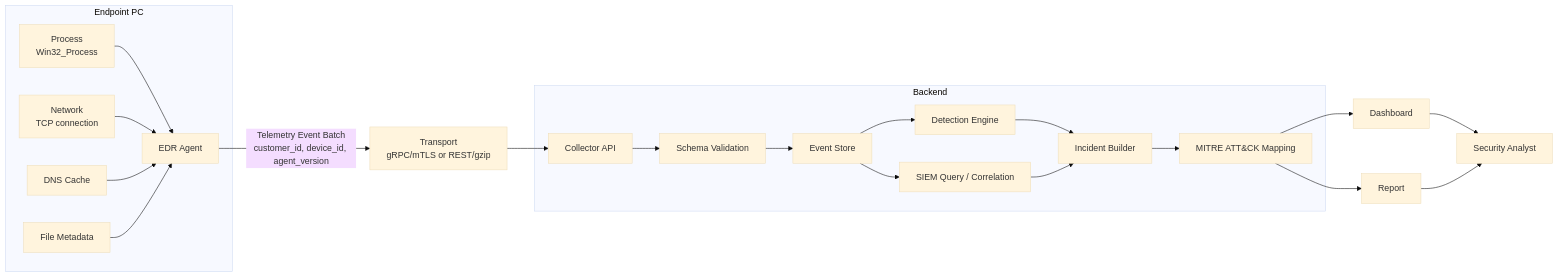
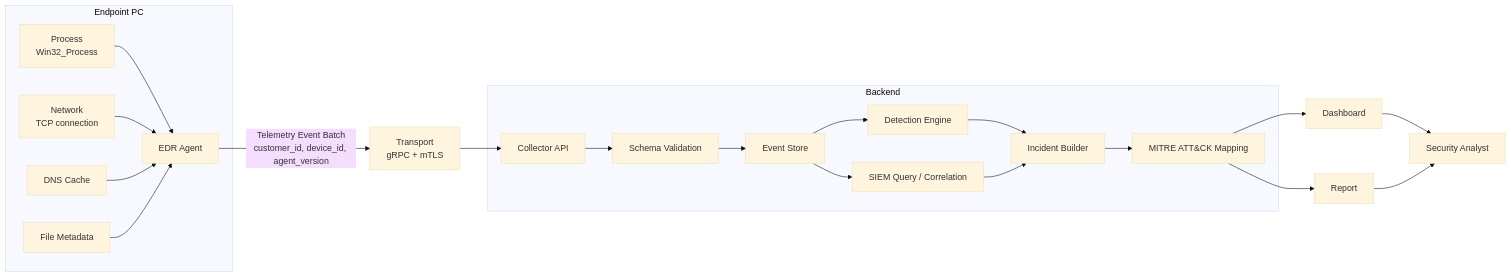
Before and after one commit to altius03/tecker-poc-lab: the diagram in poc_code/security_edr_agent_parser/docs/rebuild-overall-blueprint.md, drawn with Mermaid (base theme). The commit also changed other lines of this file and 8 other files, not shown here.

````diff
--- a/poc_code/security_edr_agent_parser/docs/rebuild-overall-blueprint.md
+++ b/poc_code/security_edr_agent_parser/docs/rebuild-overall-blueprint.md
@@ -126,32 +126,32 @@
 ```mermaid
 flowchart LR
   subgraph ENDPOINT["Endpoint PC"]
     PROC["Process<br/>Win32_Process"]
     NET["Network<br/>TCP connection"]
     DNS["DNS Cache"]
     FILE["File Metadata"]
     AGENT["EDR Agent"]
     PROC --> AGENT
     NET --> AGENT
     DNS --> AGENT
     FILE --> AGENT
   end
 
-  AGENT -->|"Telemetry Event Batch<br/>customer_id, device_id, agent_version"| TRANSPORT["Transport<br/>gRPC/mTLS or REST/gzip"]
+  AGENT -->|"Telemetry Event Batch<br/>customer_id, device_id, agent_version"| TRANSPORT["Transport<br/>gRPC + mTLS"]
   TRANSPORT --> COLLECTOR["Collector API"]
 
   subgraph BACKEND["Backend"]
     COLLECTOR --> VALIDATE["Schema Validation"]
     VALIDATE --> STORE["Event Store"]
     STORE --> DETECT["Detection Engine"]
     STORE --> SIEM["SIEM Query / Correlation"]
     DETECT --> INCIDENT["Incident Builder"]
     SIEM --> INCIDENT
     INCIDENT --> MITRE["MITRE ATT&CK Mapping"]
   end
 
   MITRE --> DASH["Dashboard"]
   MITRE --> REPORT["Report"]
   DASH --> SOC["Security Analyst"]
   REPORT --> SOC
 ```
````
